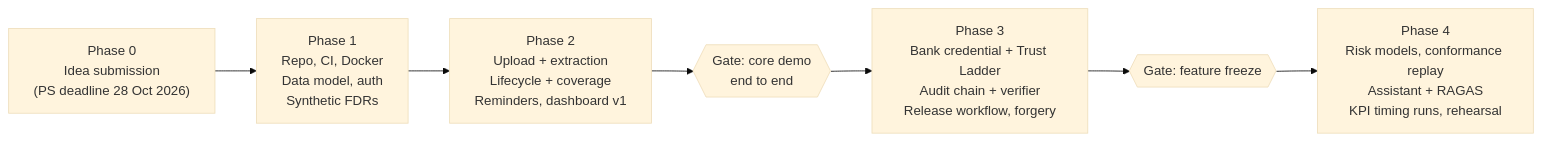
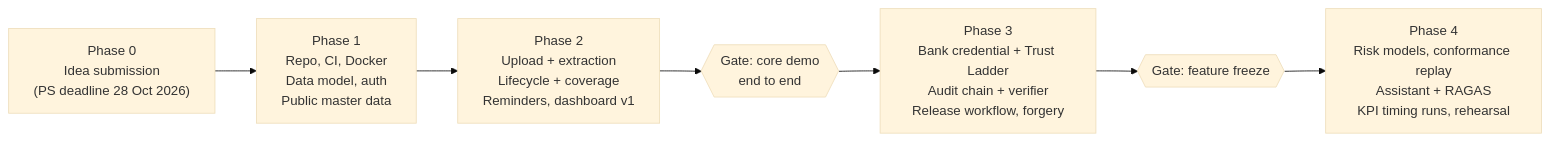
Before and after one commit to mayank-bajaj-ai24/DepositTrack-AICTE-FDR-Management: the third of 3 diagrams in IMPLEMENTATION_PLAN.md, drawn with Mermaid (base theme). The commit also changed other lines of this file, not shown here.

Commit message:
docs(plan): record the open-data decision, datasets and the as-built stack

````diff
--- a/IMPLEMENTATION_PLAN.md
+++ b/IMPLEMENTATION_PLAN.md
@@ -778,11 +789,11 @@
 ```mermaid
 flowchart LR
     P0["Phase 0<br/>Idea submission<br/>(PS deadline 28 Oct 2026)"]
-    P1["Phase 1<br/>Repo, CI, Docker<br/>Data model, auth<br/>Synthetic FDRs"]
+    P1["Phase 1<br/>Repo, CI, Docker<br/>Data model, auth<br/>Public master data"]
     P2["Phase 2<br/>Upload + extraction<br/>Lifecycle + coverage<br/>Reminders, dashboard v1"]
     G1{{"Gate: core demo<br/>end to end"}}
     P3["Phase 3<br/>Bank credential + Trust Ladder<br/>Audit chain + verifier<br/>Release workflow, forgery"]
     G2{{"Gate: feature freeze"}}
     P4["Phase 4<br/>Risk models, conformance replay<br/>Assistant + RAGAS<br/>KPI timing runs, rehearsal"]
     P0 --> P1 --> P2 --> G1 --> P3 --> G2 --> P4
 ```
````
